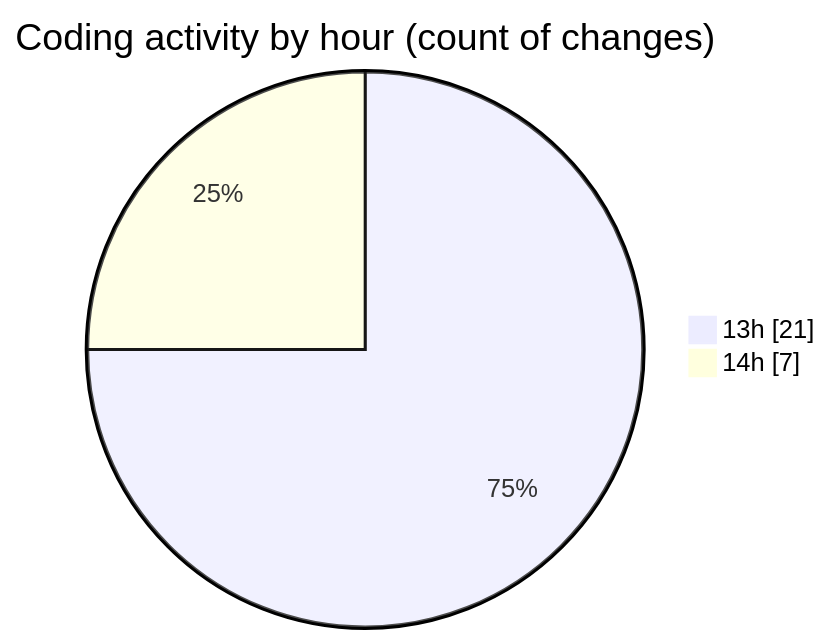
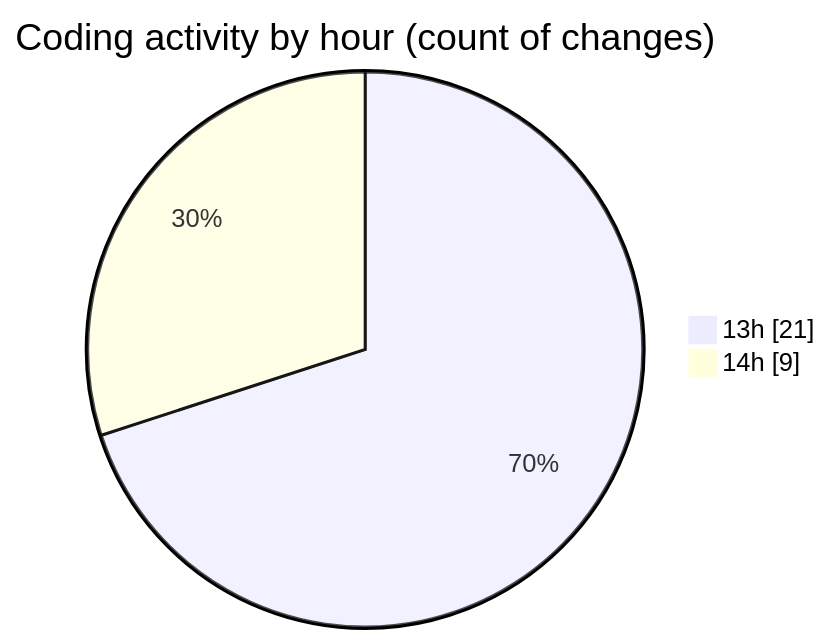
The second of 2 diagrams in 2025-01-14/trackers_app/README.md (donsfak/code-tracking), drawn with Mermaid before and after one commit. The commit also changed other lines of this file and 1 other file, not shown here.

````diff
--- a/2025-01-14/trackers_app/README.md
+++ b/2025-01-14/trackers_app/README.md
@@ -35,6 +35,6 @@
 ```mermaid
 pie showData
 title Coding activity by hour (count of changes)
 "13h" : 21
-"14h" : 7
+"14h" : 9
 ```
````
